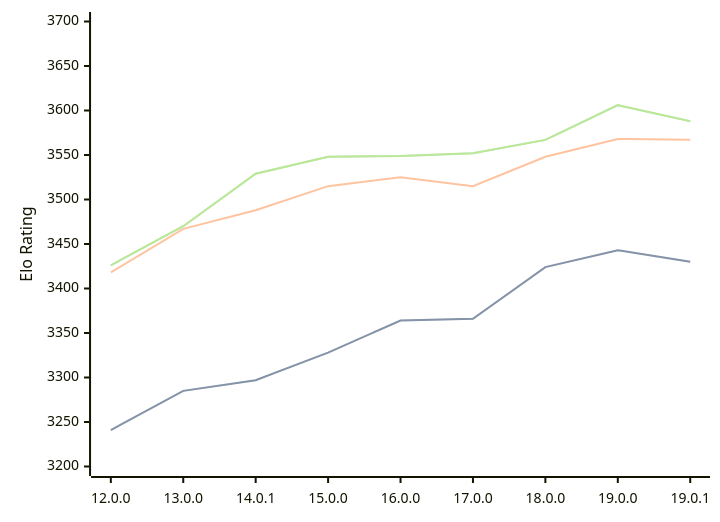
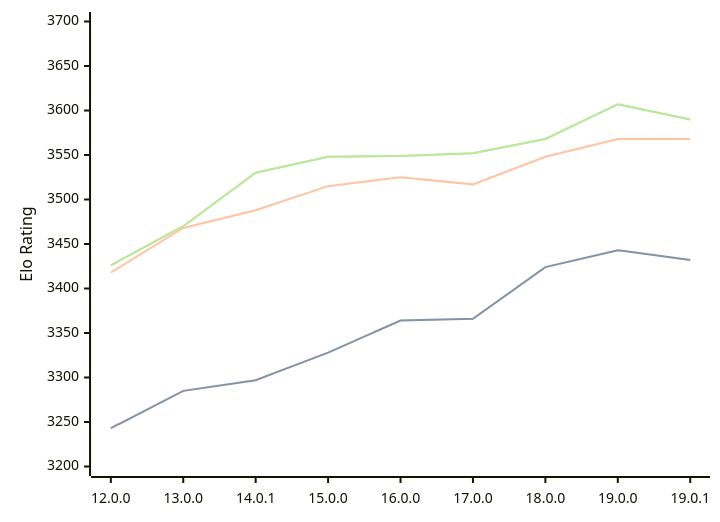
One commit to computer-chess-index/cci changed the diagram in engines/Viridithas.md. Above: the diagram before and after it, drawn with Mermaid. The commit also changed other lines of this file, not shown here.

Commit message:
Update CCI Ratings (ELO VLTC) - 2026-02-19

````diff
--- a/engines/Viridithas.md
+++ b/engines/Viridithas.md
@@ -60,11 +60,11 @@
 ```mermaid
 %%{init: {"theme":"base","themeVariables":{"seriesColors:['#a3a3a3','#222221','#faa371']}}}%%
 xychart-beta
   x-axis ["12.0.0", "13.0.0", "14.0.1", "15.0.0", "16.0.0", "17.0.0", "18.0.0", "19.0.0", "19.0.1"]
   y-axis "Elo Rating" 3200 --> 3700
-  line "STC (8.0+0.08s)" [3241, 3285, 3297, 3328, 3364, 3366, 3424, 3443, 3430]
-  line "STC (8.0+0.08s)" [3241, 3285, 3297, 3328, 3364, 3366, 3424, 3443, 3430]
-  line "LTC (60.0+0.60s)" [3418, 3467, 3488, 3515, 3525, 3515, 3548, 3568, 3567]
-  line "VLTC (2m24s+1.12s)" [3426, 3470, 3529, 3548, 3549, 3552, 3567, 3606, 3588]
-  line "VLTC (2m24s+1.12s)" [3426, 3470, 3529, 3548, 3549, 3552, 3567, 3606, 3588]
+  line "STC (8.0+0.08s)" [3243, 3285, 3297, 3328, 3364, 3366, 3424, 3443, 3432]
+  line "STC (8.0+0.08s)" [3243, 3285, 3297, 3328, 3364, 3366, 3424, 3443, 3432]
+  line "LTC (60.0+0.60s)" [3418, 3468, 3488, 3515, 3525, 3517, 3548, 3568, 3568]
+  line "VLTC (2m24s+1.12s)" [3426, 3470, 3530, 3548, 3549, 3552, 3568, 3607, 3590]
+  line "VLTC (2m24s+1.12s)" [3426, 3470, 3530, 3548, 3549, 3552, 3568, 3607, 3590]
 ```
````
